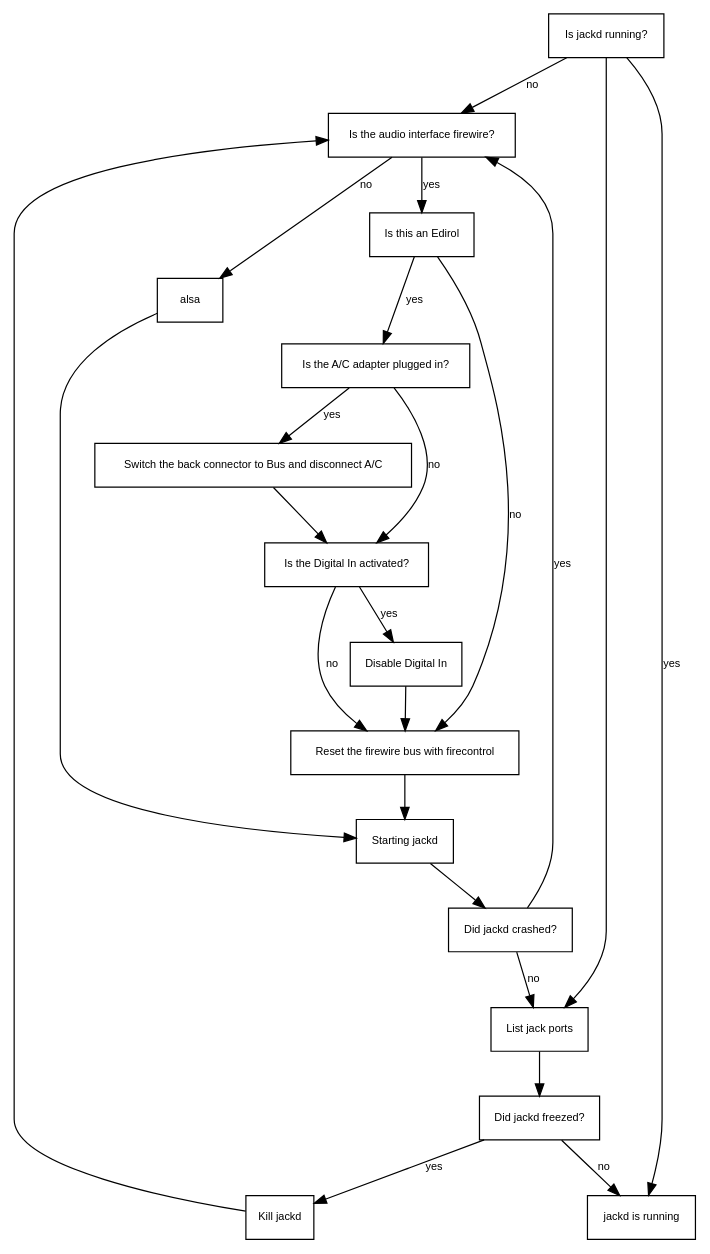
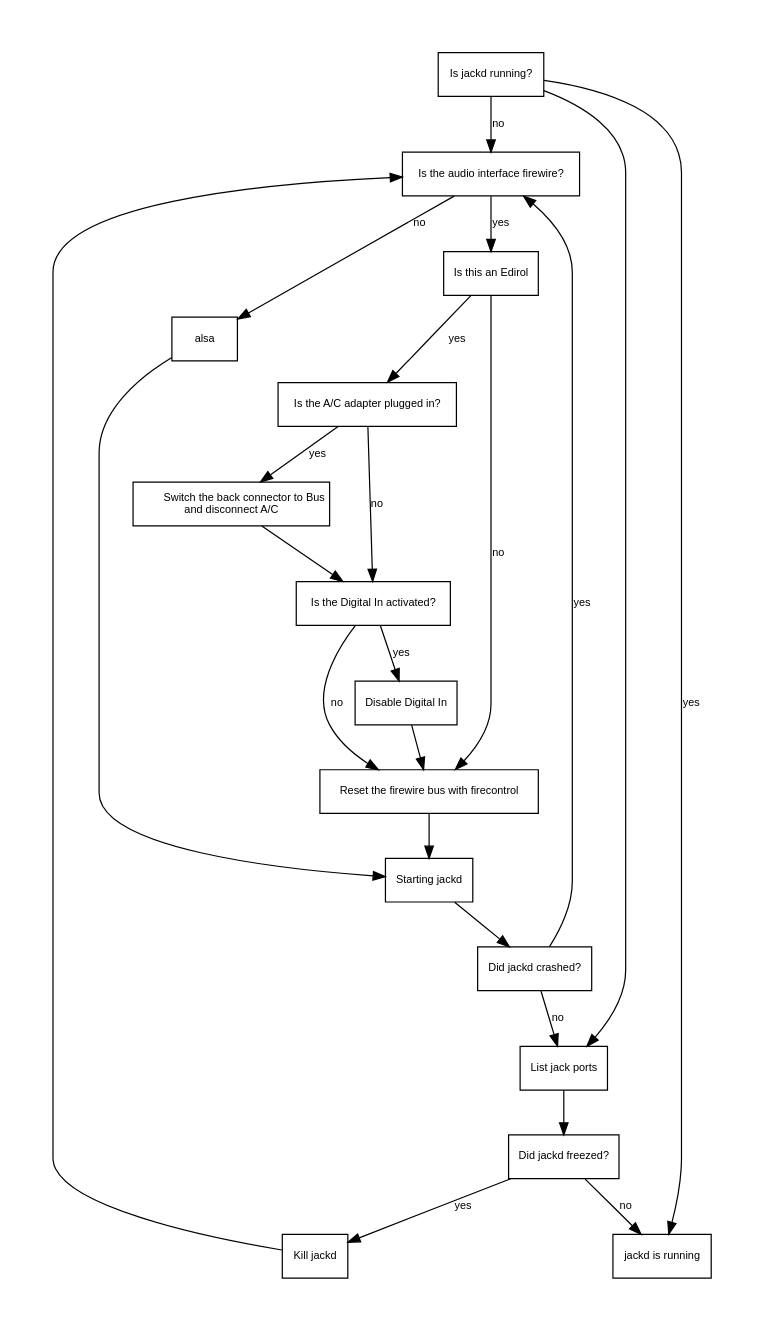
The diagram in doc/jackd.dot (sequoiar/scenic), drawn with Graphviz before and after one commit.

Commit message:
Updated jackd.dot layout

```diff
--- a/doc/jackd.dot
+++ b/doc/jackd.dot
@@ -1,62 +1,64 @@
 digraph netem {
     /* time = top to bottom
     */
     edge [
         splines=true
         bgcolor=white
         fontname=Helvetica
         fontsize=9
     ]
 
     graph [
         splines=true
         bgcolor=white
         fontname=Helvetica
         fontsize=9
+        pad=0.5
     ]
 
     node [
         fontname=Helvetica
         fontsize=9
         shape=box
+        margin="0.055,0.005"
     ]
     
     jackd_is_running [ label="Is jackd running?" ]
     firewire_audio [ label="Is the audio interface firewire?" ]
     fw_bus_reset [ label="Reset the firewire bus with firecontrol" ]
     ac_adapter [ label="Is the A/C adapter plugged in?" ]
-    use_bus [ label="Switch the back connector to Bus and disconnect A/C" ]
+    use_bus [ label="Switch the back connector to Bus\rand disconnect A/C" ]
     digital_in [ label="Is the Digital In activated?" ]
     digital_in_off [ label="Disable Digital In" ]
     starting_jackd [ label="Starting jackd" ]
     crashed [ label="Did jackd crashed?" ]
     jack_lsp [ label="List jack ports" ]
     freezed [ label="Did jackd freezed?" ]
     jackd_running [ label="jackd is running" ]
     killall_jackd [ label="Kill jackd" ]
     edirol [ label="Is this an Edirol" ]
     
     /* default = true, red = false */
-    jackd_is_running -> firewire_audio [ label="no" ]
+    jackd_is_running -> firewire_audio [ label="no", weight=7 ]
     jackd_is_running -> jackd_running [ label="yes" ]
-    firewire_audio -> edirol [ label="yes" ]
+    firewire_audio -> edirol [ label="yes", weight=7 ]
     edirol -> ac_adapter [ label="yes" ]
-    edirol -> fw_bus_reset [ label="no" ]
+    edirol -> fw_bus_reset [ label="no", weight=7 ]
     firewire_audio -> alsa [ label="no" ]
     alsa -> starting_jackd
     ac_adapter -> use_bus [ label="yes" ]
     use_bus -> digital_in
-    ac_adapter -> digital_in [ label="no" ]
-    digital_in -> fw_bus_reset [ label="no" ]
-    digital_in -> digital_in_off [ label="yes" ]
+    ac_adapter -> digital_in [ label="no", weight=5 ]
+    digital_in -> fw_bus_reset [ label="no", weight=5 ]
+    digital_in -> digital_in_off [ label="yes", weight=5 ]
     digital_in_off -> fw_bus_reset 
-    fw_bus_reset -> starting_jackd
+    fw_bus_reset -> starting_jackd [ weight=7 ]
     starting_jackd -> crashed 
     crashed -> jack_lsp [ label="no" ]
     crashed -> firewire_audio [ label="yes" ]
     jackd_is_running -> jack_lsp
     jack_lsp -> freezed
     freezed -> killall_jackd [ label="yes" ]
     freezed -> jackd_running [ label="no" ]
     killall_jackd -> firewire_audio
 }
```
